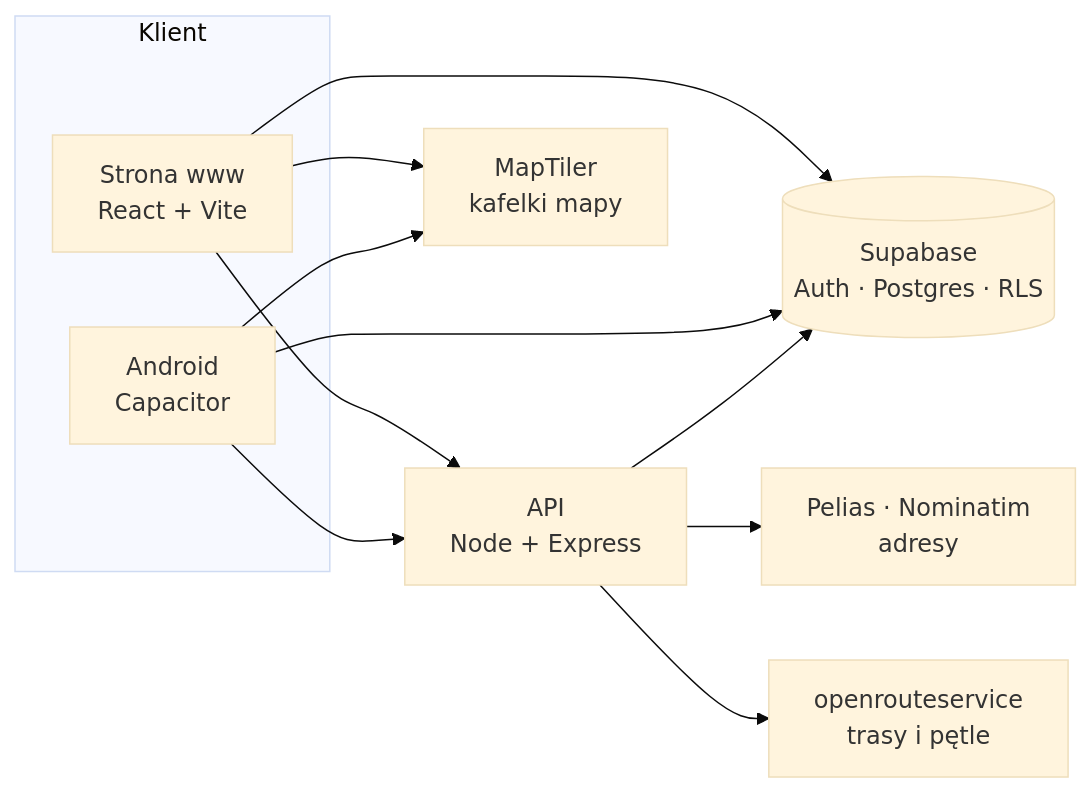
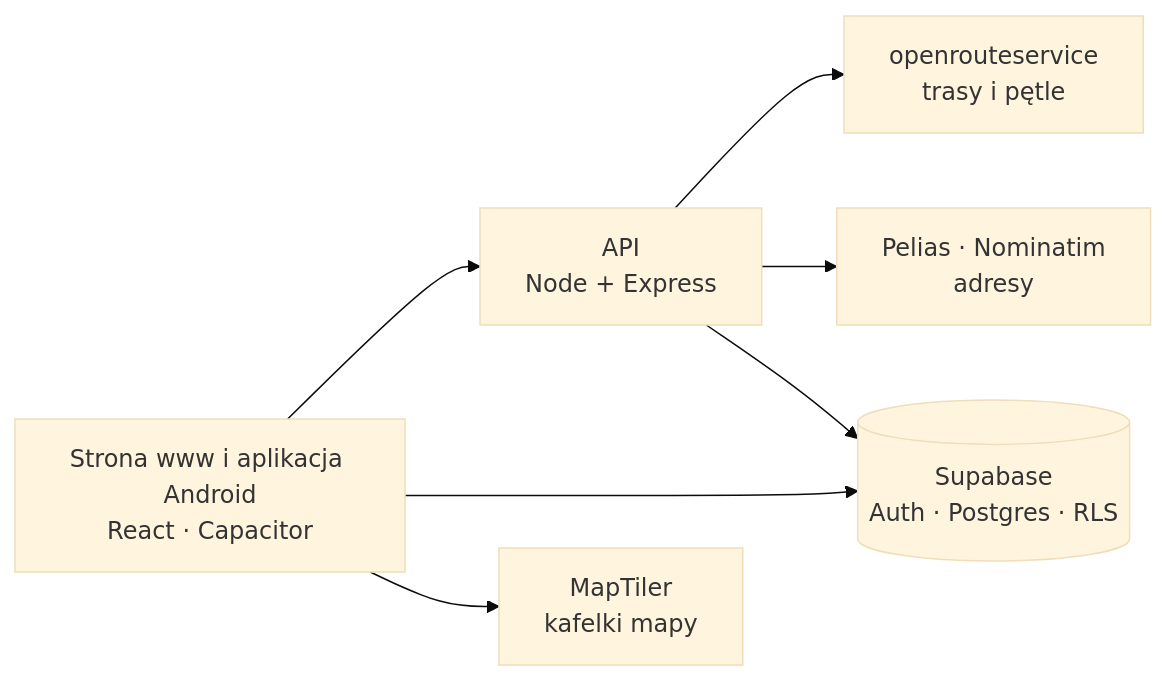
Before and after one commit to jkweg/CycleYourWay: the diagram in README.md, drawn with Mermaid (base theme).

Commit message:
README: simpler architecture diagram.

````diff
--- a/README.md
+++ b/README.md
@@ -41,22 +41,16 @@
 ```mermaid
 flowchart LR
-  subgraph Klient
-    Web["Strona www<br/>React + Vite"]
-    App["Android<br/>Capacitor"]
-  end
+  Client["Strona www i aplikacja Android<br/>React · Capacitor"]
   API["API<br/>Node + Express"]
   DB[("Supabase<br/>Auth · Postgres · RLS")]
+  Tiles["MapTiler<br/>kafelki mapy"]
   ORS["openrouteservice<br/>trasy i pętle"]
   Geo["Pelias · Nominatim<br/>adresy"]
-  Tiles["MapTiler<br/>kafelki mapy"]
 
-  Web --> API
-  App --> API
-  Web --> DB
-  App --> DB
-  Web --> Tiles
-  App --> Tiles
+  Client --> API
+  Client --> DB
+  Client --> Tiles
   API --> ORS
   API --> Geo
   API --> DB
 ```
````
